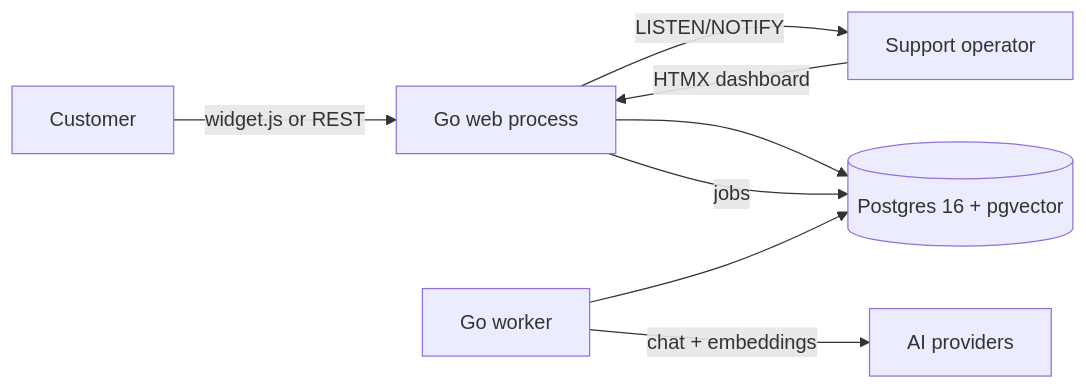
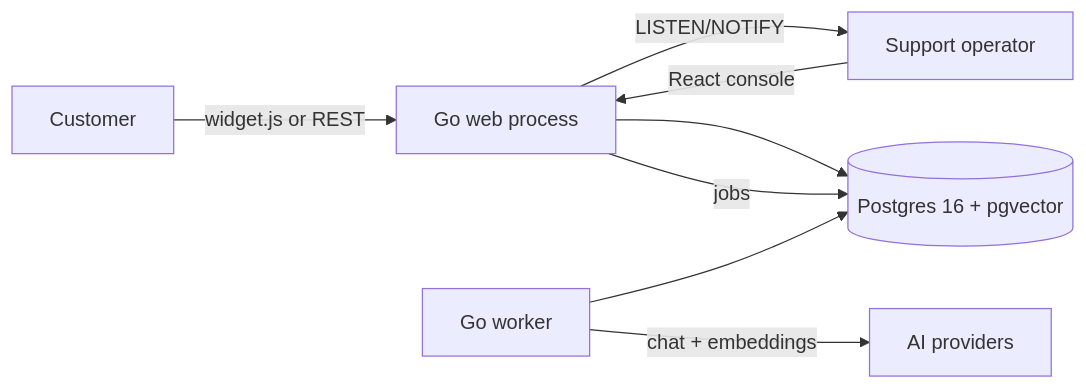
One commit to benaiah-muga/ChasteDesk changed the diagram in README.md. Above: the diagram before and after it, drawn with Mermaid. The commit also changed other lines of this file and 221 other files, not shown here.

First line of the commit message:
feat: overhaul console and produce production support operations

````diff
--- a/README.md
+++ b/README.md
@@ -136,10 +140,10 @@
 ```mermaid
 flowchart LR
   Customer[Customer] -->|widget.js or REST| Web[Go web process]
-  Operator[Support operator] -->|HTMX dashboard| Web
+  Operator[Support operator] -->|React console| Web
   Web --> DB[(Postgres 16 + pgvector)]
   Web -->|jobs| DB
   Worker[Go worker] --> DB
   Worker -->|chat + embeddings| Providers[AI providers]
   Web -->|LISTEN/NOTIFY| Operator
 ```
````
